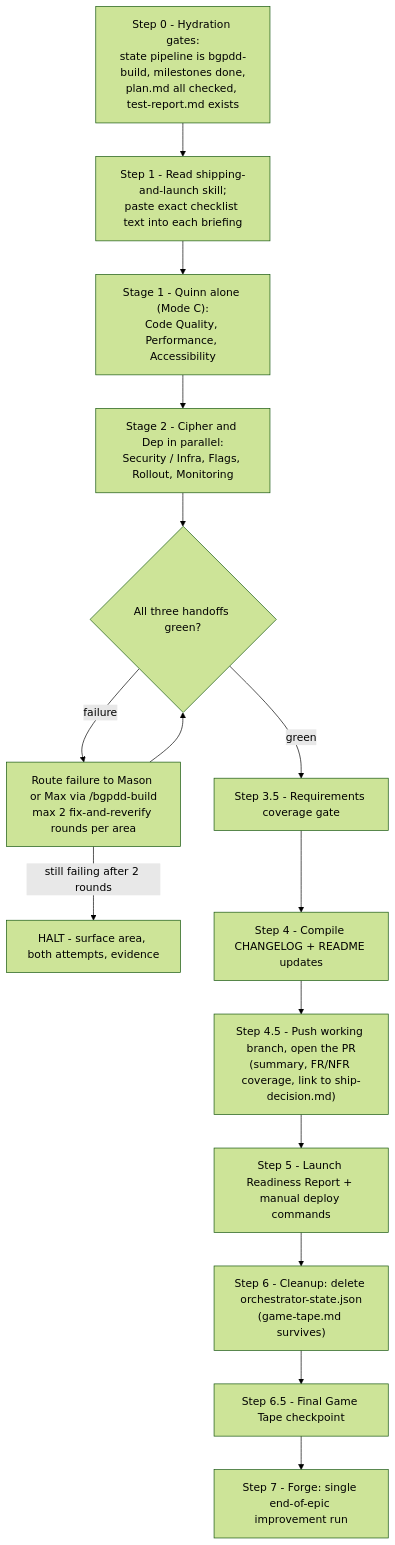
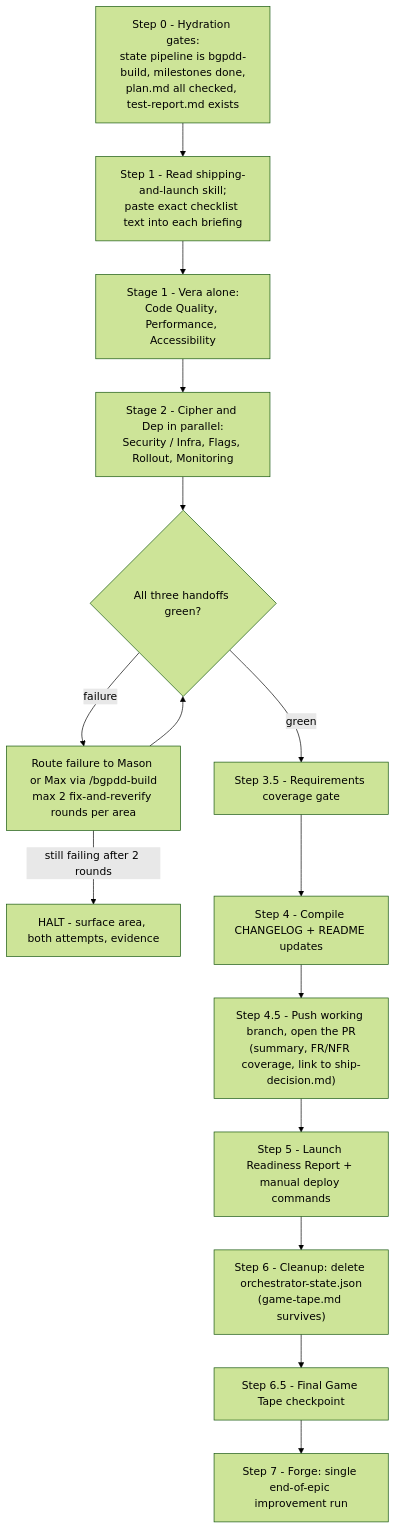
Before and after one commit to MuhammadShaharyarNaeem/blackgoat-agentskills: the sixth of 7 diagrams in README.md, drawn with Mermaid (forest theme). The commit also changed other lines of this file and 20 other files, not shown here.

First line of the commit message:
Split Quinn into Quinn/Echo/Vera; trim wake-up loads; Max+Cipher lanes

````diff
--- a/README.md
+++ b/README.md
@@ -277,21 +279,21 @@
 ```mermaid
 flowchart TD
     S0["Step 0 - Hydration gates:<br/>state pipeline is bgpdd-build, milestones done,<br/>plan.md all checked, test-report.md exists"]
     S1["Step 1 - Read shipping-and-launch skill;<br/>paste exact checklist text into each briefing"]
-    ST1["Stage 1 - Quinn alone (Mode C):<br/>Code Quality, Performance, Accessibility"]
+    ST1["Stage 1 - Vera alone:<br/>Code Quality, Performance, Accessibility"]
     ST2["Stage 2 - Cipher and Dep in parallel:<br/>Security / Infra, Flags, Rollout, Monitoring"]
     S3{"All three handoffs green?"}
     FIX["Route failure to Mason or Max via /bgpdd-build<br/>max 2 fix-and-reverify rounds per area"]
     HALT["HALT - surface area, both attempts, evidence"]
     S35["Step 3.5 - Requirements coverage gate"]
     S4["Step 4 - Compile CHANGELOG + README updates"]
     S45["Step 4.5 - Push working branch, open the PR<br/>(summary, FR/NFR coverage, link to ship-decision.md)"]
     S5["Step 5 - Launch Readiness Report + manual deploy commands"]
     S6["Step 6 - Cleanup: delete orchestrator-state.json<br/>(game-tape.md survives)"]
     S65["Step 6.5 - Final Game Tape checkpoint"]
     S7["Step 7 - Forge: single end-of-epic improvement run"]
     S0 --> S1 --> ST1 --> ST2 --> S3
     S3 -- "failure" --> FIX --> S3
     FIX -- "still failing after 2 rounds" --> HALT
     S3 -- "green" --> S35 --> S4 --> S45 --> S5 --> S6 --> S65 --> S7
 ```
````
